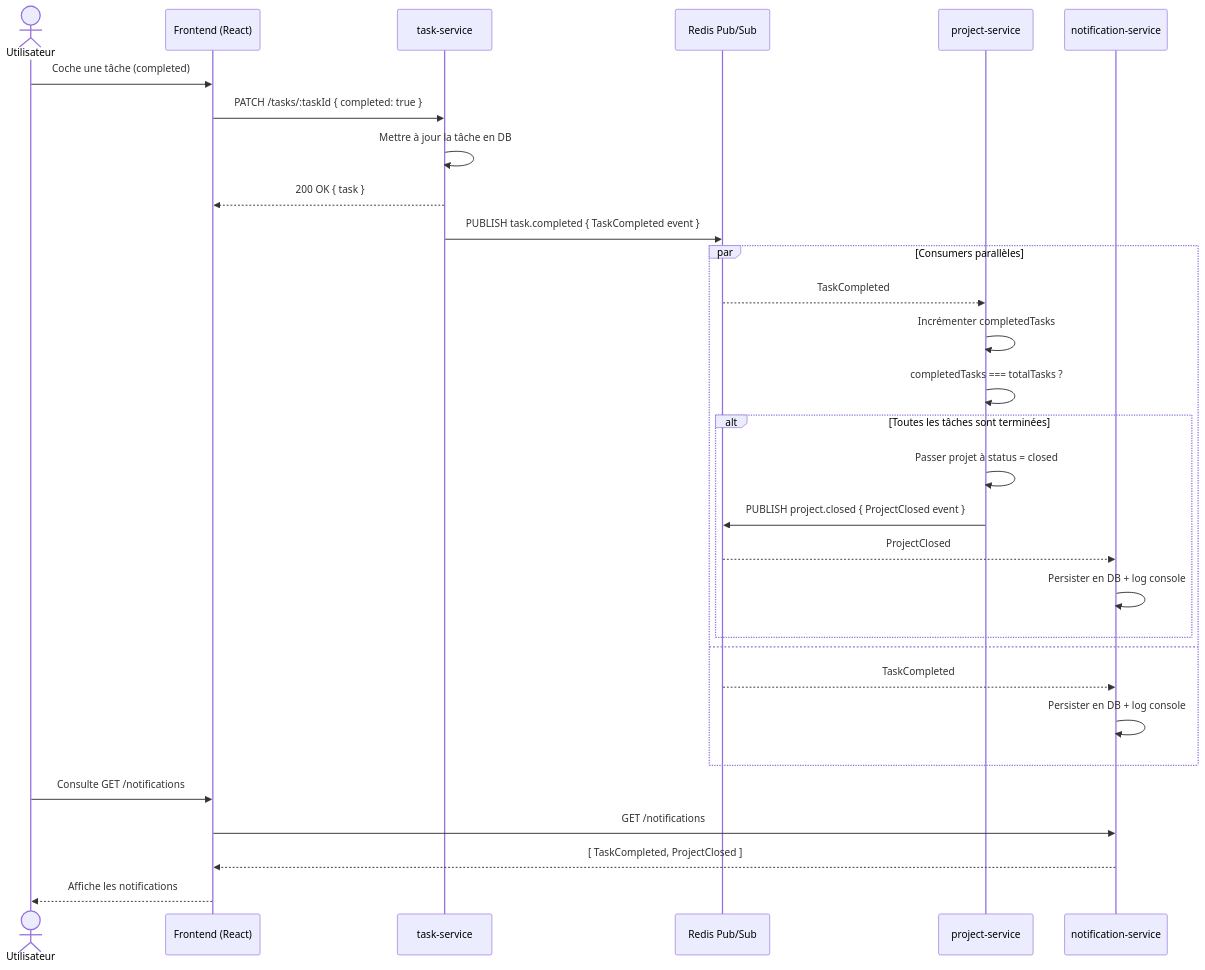
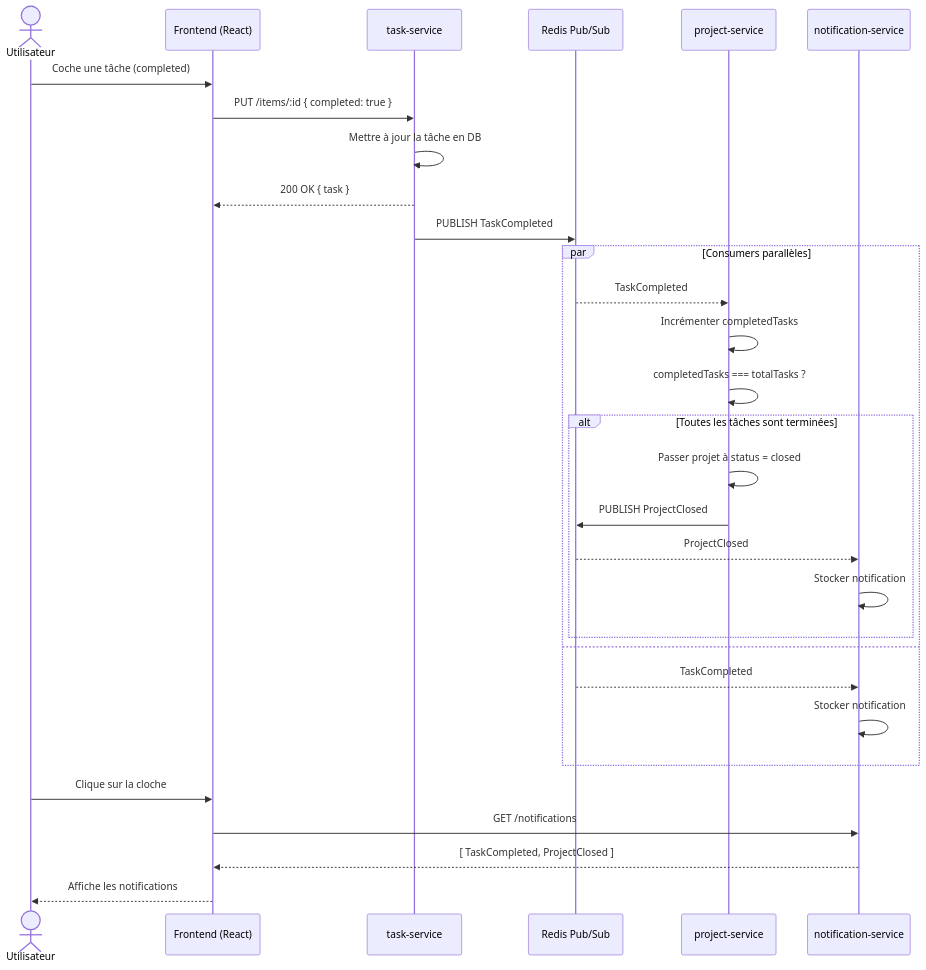
The sixth of 8 diagrams in docs/ARCHITECTURE.md (KarimHannaallah/Archi-logicielle), drawn with Mermaid before and after one commit. The commit also changed other lines of this file and 2 other files, not shown here.

Commit message:
docs: ADR-005 event-driven + architecture finale + README complet

````diff
--- a/docs/ARCHITECTURE.md
+++ b/docs/ARCHITECTURE.md
@@ -346,38 +349,38 @@
 ```mermaid
 sequenceDiagram
     actor User as Utilisateur
     participant FE as Frontend (React)
     participant TS as task-service
     participant Redis as Redis Pub/Sub
     participant PS as project-service
     participant NS as notification-service
 
     User->>FE: Coche une tâche (completed)
-    FE->>TS: PATCH /tasks/:taskId { completed: true }
+    FE->>TS: PUT /items/:id { completed: true }
     TS->>TS: Mettre à jour la tâche en DB
     TS-->>FE: 200 OK { task }
 
-    TS->>Redis: PUBLISH task.completed { TaskCompleted event }
+    TS->>Redis: PUBLISH TaskCompleted
 
     par Consumers parallèles
         Redis-->>PS: TaskCompleted
         PS->>PS: Incrémenter completedTasks
         PS->>PS: completedTasks === totalTasks ?
 
         alt Toutes les tâches sont terminées
             PS->>PS: Passer projet à status = closed
-            PS->>Redis: PUBLISH project.closed { ProjectClosed event }
+            PS->>Redis: PUBLISH ProjectClosed
             Redis-->>NS: ProjectClosed
-            NS->>NS: Persister en DB + log console
+            NS->>NS: Stocker notification
         end
 
     and
         Redis-->>NS: TaskCompleted
-        NS->>NS: Persister en DB + log console
+        NS->>NS: Stocker notification
     end
 
-    User->>FE: Consulte GET /notifications
+    User->>FE: Clique sur la cloche
     FE->>NS: GET /notifications
     NS-->>FE: [ TaskCompleted, ProjectClosed ]
     FE-->>User: Affiche les notifications
 ```
````
